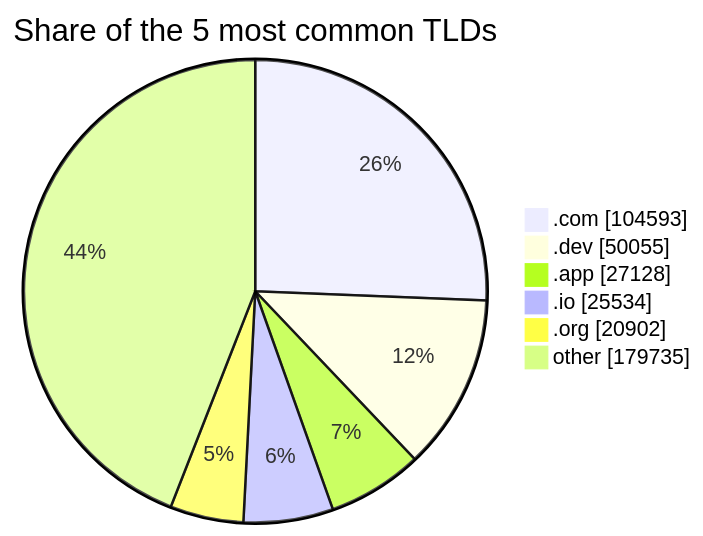
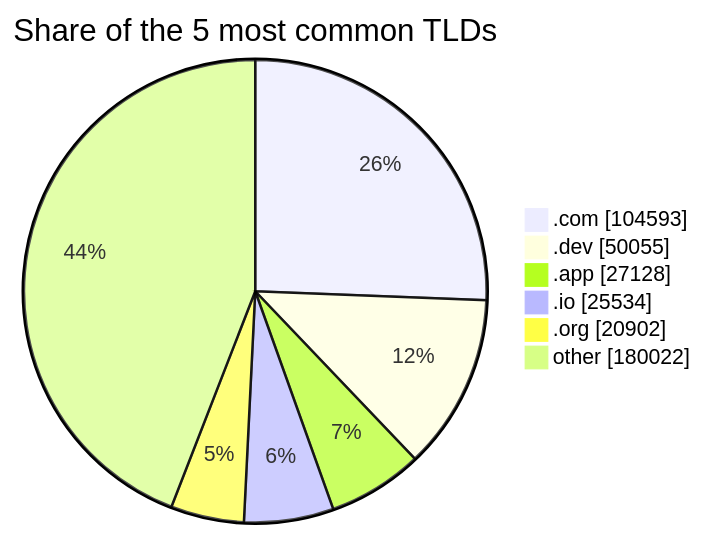
The third of 3 diagrams in README.md (DNSBunker/CTI), drawn with Mermaid before and after one commit. The commit also changed other lines of this file and 3 other files, not shown here.

````diff
--- a/README.md
+++ b/README.md
@@ -81,9 +81,9 @@
 ```mermaid
 pie showData title Share of the 5 most common TLDs
     ".com" : 104593
     ".dev" : 50055
     ".app" : 27128
     ".io" : 25534
     ".org" : 20902
-    "other" : 179735
+    "other" : 180022
 ```
````
